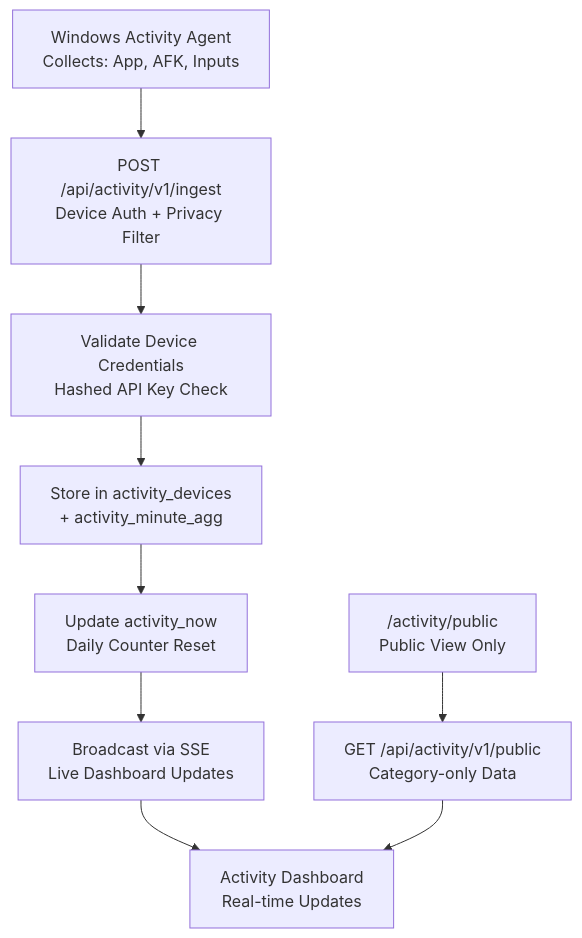
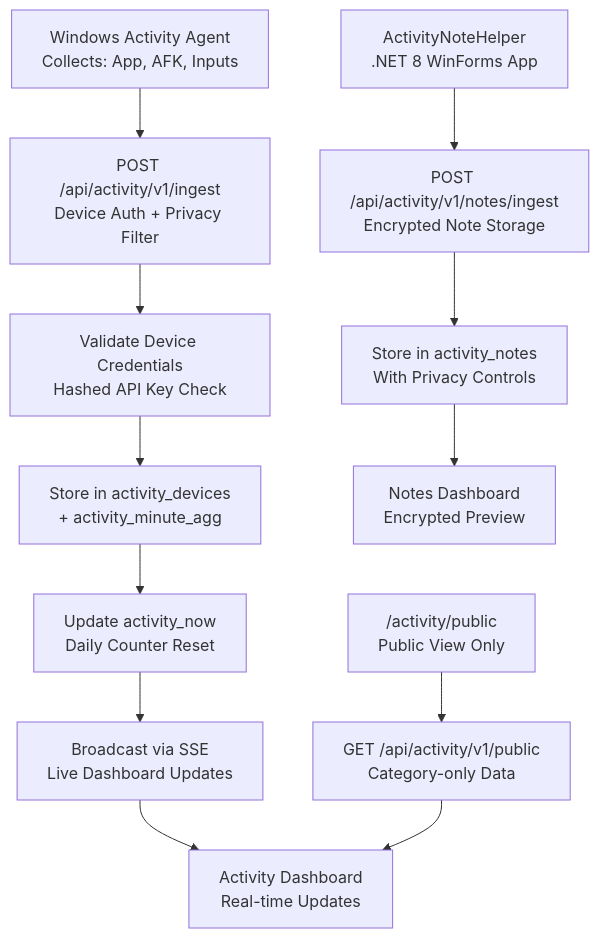
The sixth of 17 diagrams in .qoder/repowiki/en/content/Build and Deployment.md (WizardJIOCb/rodion.pro), drawn with Mermaid before and after one commit. The commit also changed other lines of this file and 20 other files, not shown here.

````diff
--- a/.qoder/repowiki/en/content/Build and Deployment.md
+++ b/.qoder/repowiki/en/content/Build and Deployment.md
@@ -393,11 +429,14 @@
 ```mermaid
 flowchart TD
 Agent["Windows Activity Agent<br/>Collects: App, AFK, Inputs"] --> Ingest["POST /api/activity/v1/ingest<br/>Device Auth + Privacy Filter"]
 Ingest --> Validate["Validate Device Credentials<br/>Hashed API Key Check"]
 Validate --> Store["Store in activity_devices<br/>+ activity_minute_agg"]
 Store --> Current["Update activity_now<br/>Daily Counter Reset"]
 Current --> SSE["Broadcast via SSE<br/>Live Dashboard Updates"]
 SSE --> Dashboard["Activity Dashboard<br/>Real-time Updates"]
 Public["/activity/public<br/>Public View Only"] --> Stats["GET /api/activity/v1/public<br/>Category-only Data"]
 Stats --> Dashboard
+NotesAgent["ActivityNoteHelper<br/>.NET 8 WinForms App"] --> NotesAPI["POST /api/activity/v1/notes/ingest<br/>Encrypted Note Storage"]
+NotesAPI --> NotesDB["Store in activity_notes<br/>With Privacy Controls"]
+NotesDB --> NotesDashboard["Notes Dashboard<br/>Encrypted Preview"]
 ```
````
